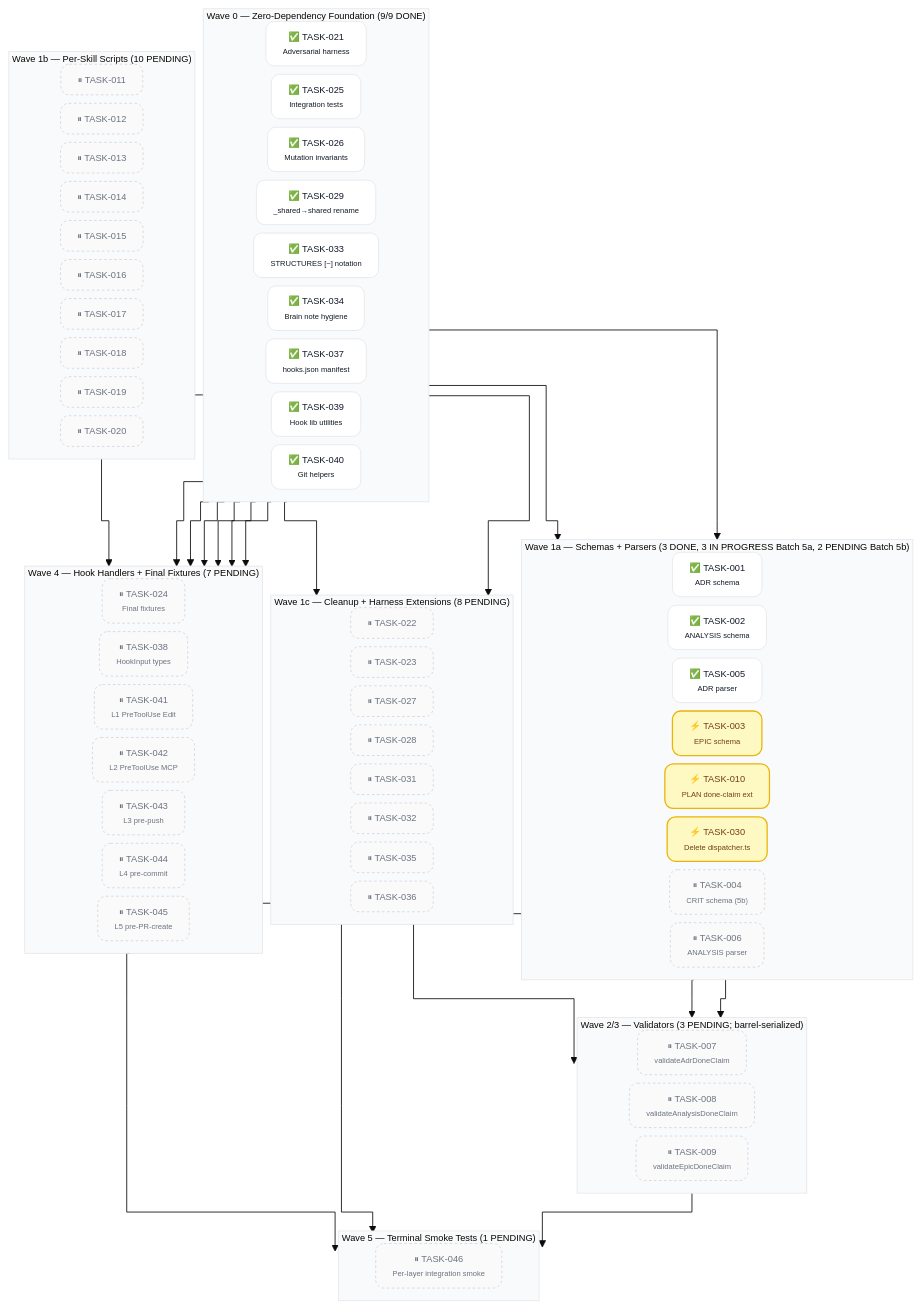
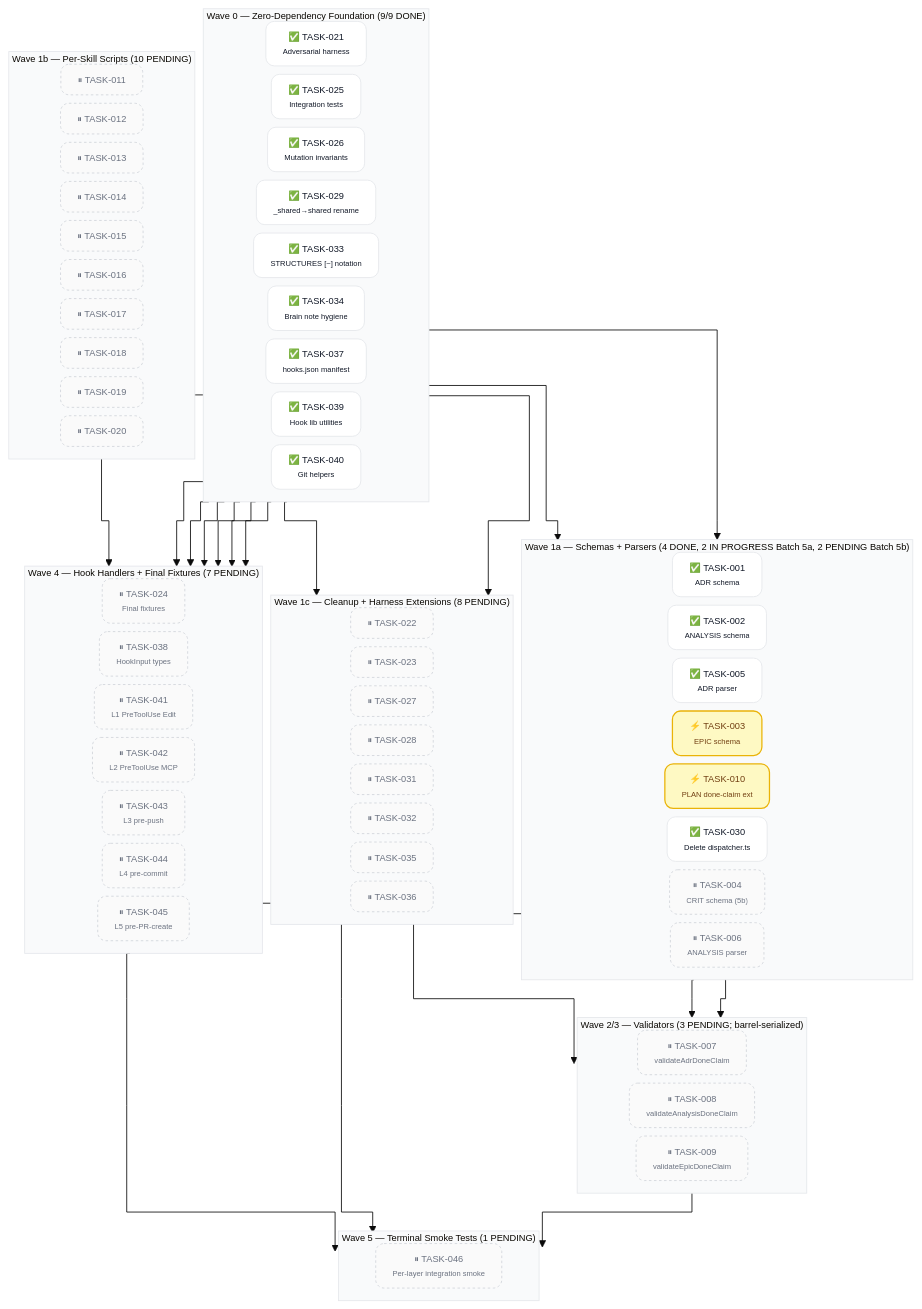
One commit to acmelabs-15/skills changed the second of 2 diagrams in docs/planning/PLAN-001-skills-ecosystem.md. Above: the diagram before and after it, drawn with Mermaid. The commit also changed other lines of this file and 5 other files, not shown here.

First line of the commit message:
build(SPEC-008): TASK-030 CLOSED (both phases); 13/46 DONE; full propagation (Event 68)

````diff
--- a/docs/planning/PLAN-001-skills-ecosystem.md
+++ b/docs/planning/PLAN-001-skills-ecosystem.md
@@ -169,14 +169,14 @@
     T040["✅ TASK-040<br/><span style='font-size:9px'>Git helpers</span>"]
   end
 
-  subgraph W1a ["Wave 1a — Schemas + Parsers (3 DONE, 3 IN PROGRESS Batch 5a, 2 PENDING Batch 5b)"]
+  subgraph W1a ["Wave 1a — Schemas + Parsers (4 DONE, 2 IN PROGRESS Batch 5a, 2 PENDING Batch 5b)"]
     direction LR
     T001["✅ TASK-001<br/><span style='font-size:9px'>ADR schema</span>"]
     T002["✅ TASK-002<br/><span style='font-size:9px'>ANALYSIS schema</span>"]
     T005["✅ TASK-005<br/><span style='font-size:9px'>ADR parser</span>"]
     T003["⚡ TASK-003<br/><span style='font-size:9px'>EPIC schema</span>"]
     T010["⚡ TASK-010<br/><span style='font-size:9px'>PLAN done-claim ext</span>"]
-    T030["⚡ TASK-030<br/><span style='font-size:9px'>Delete dispatcher.ts</span>"]
+    T030["✅ TASK-030<br/><span style='font-size:9px'>Delete dispatcher.ts</span>"]
     T004["⏸ TASK-004<br/><span style='font-size:9px'>CRIT schema (5b)</span>"]
     T006["⏸ TASK-006<br/><span style='font-size:9px'>ANALYSIS parser</span>"]
   end
@@ -252,7 +252,7 @@
   T009 --> T046
   T045 --> T046
 
-  class T001,T002,T005,T021,T025,T026,T029,T033,T034,T037,T039,T040 done
-  class T003,T010,T030 inprogress
+  class T001,T002,T005,T021,T025,T026,T029,T030,T033,T034,T037,T039,T040 done
+  class T003,T010 inprogress
   class T004,T006,T007,T008,T009,T011,T012,T013,T014,T015,T016,T017,T018,T019,T020,T022,T023,T024,T027,T028,T031,T032,T035,T036,T038,T041,T042,T043,T044,T045,T046 pending
 ```
````
